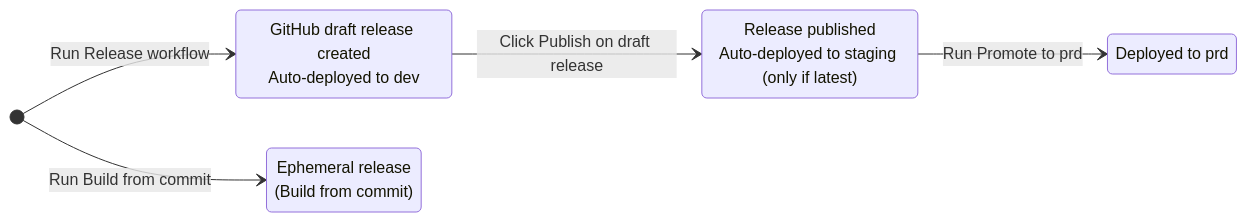
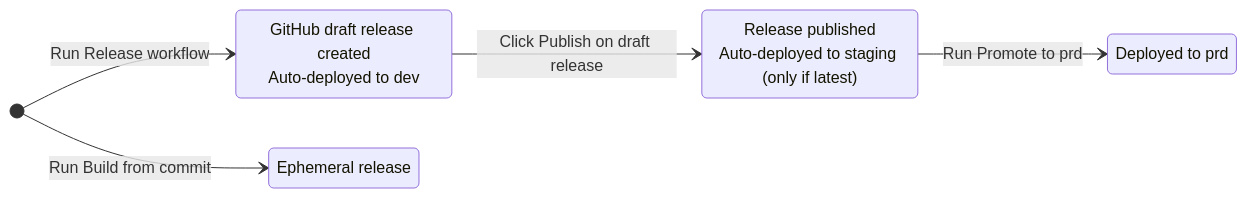
The first of 2 diagrams in docs/operations/release-flow.md (rodekruis/qualitative-feedback-analysis), drawn with Mermaid before and after one commit.

Commit message:
docs(release-flow): simplify ephemeral node label to 'Ephemeral release'

````diff
--- a/docs/operations/release-flow.md
+++ b/docs/operations/release-flow.md
@@ -9,13 +9,13 @@
 ```mermaid
 stateDiagram-v2
     direction LR
     state "GitHub draft release created<br/>Auto-deployed to dev" as Dev
     state "Release published<br/>Auto-deployed to staging (only if latest)" as Published
     state "Deployed to prd" as Prd
-    state "Ephemeral release<br/>(Build from commit)" as Ephemeral
+    state "Ephemeral release" as Ephemeral
 
     [*] --> Dev: Run Release workflow
     Dev --> Published: Click Publish on draft release
     Published --> Prd: Run Promote to prd
     [*] --> Ephemeral: Run Build from commit
 ```
````
